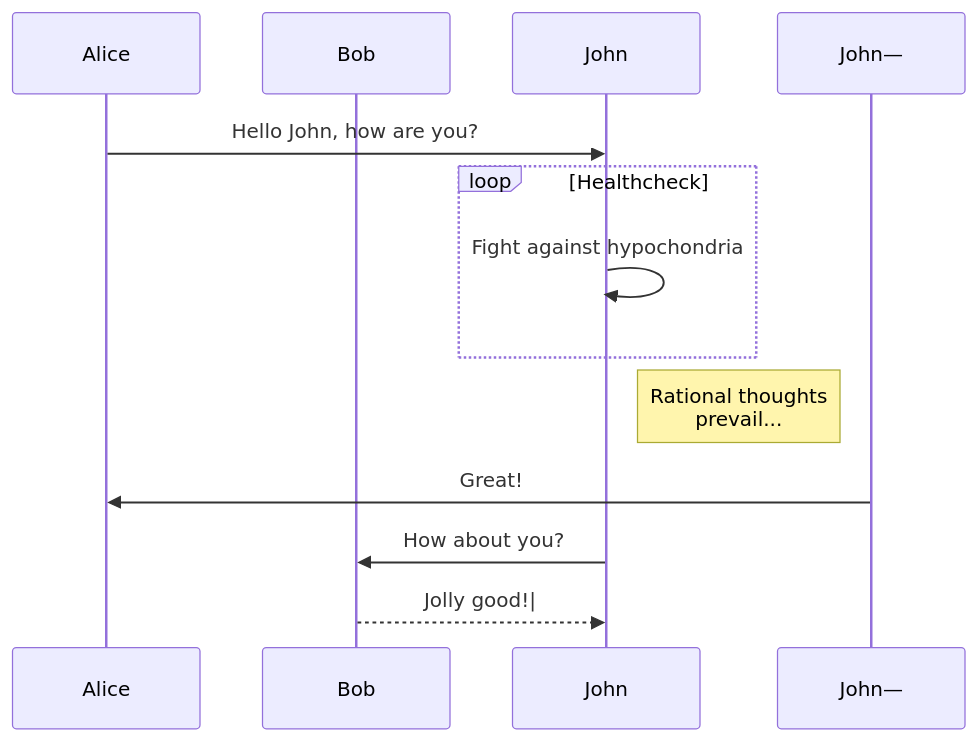
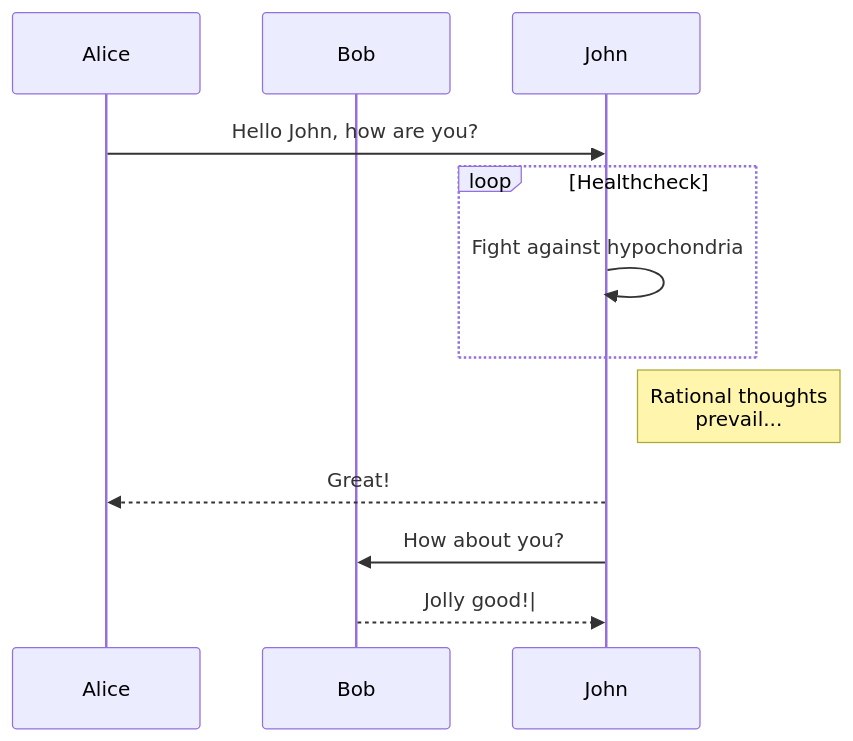
The second of 2 diagrams in README.md (Xaiat/WakeOn), drawn with Mermaid before and after one commit.

````diff
--- a/README.md
+++ b/README.md
@@ -19,13 +19,13 @@
 ```mermaid
 sequenceDiagram
     participant Alice
     participant Bob
     Alice->>John: Hello John, how are you?
     loop Healthcheck
         John->>John: Fight against hypochondria
     end
     Note right of John: Rational thoughts <br/>prevail...
-    John—->>Alice: Great!
+    John-->>Alice: Great!
     John->>Bob: How about you?
     Bob-->>John: Jolly good!|
 ```
````
